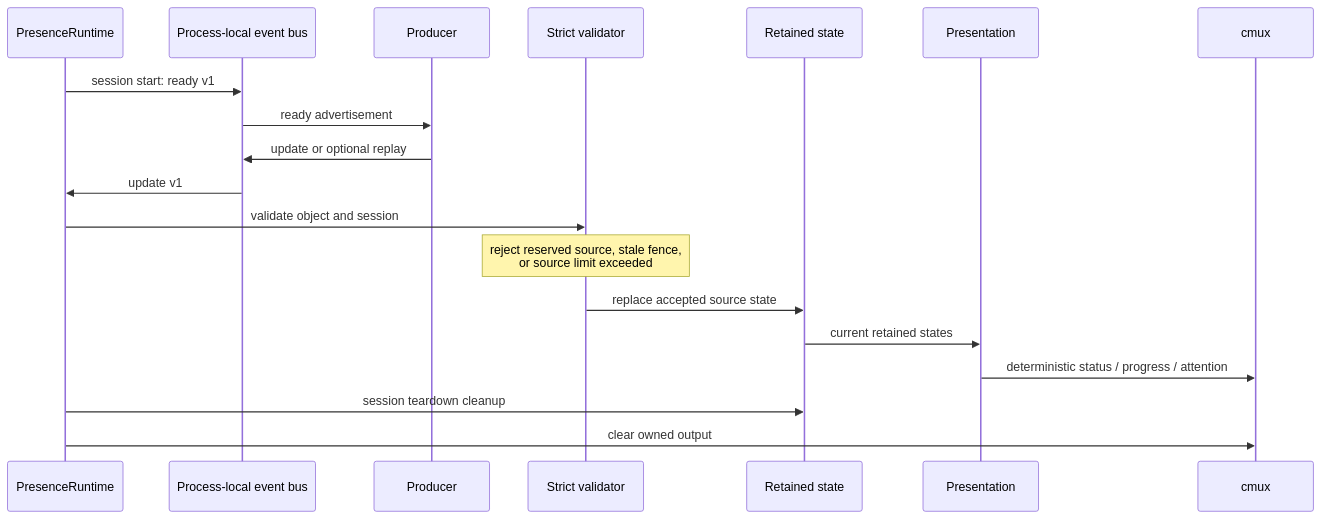
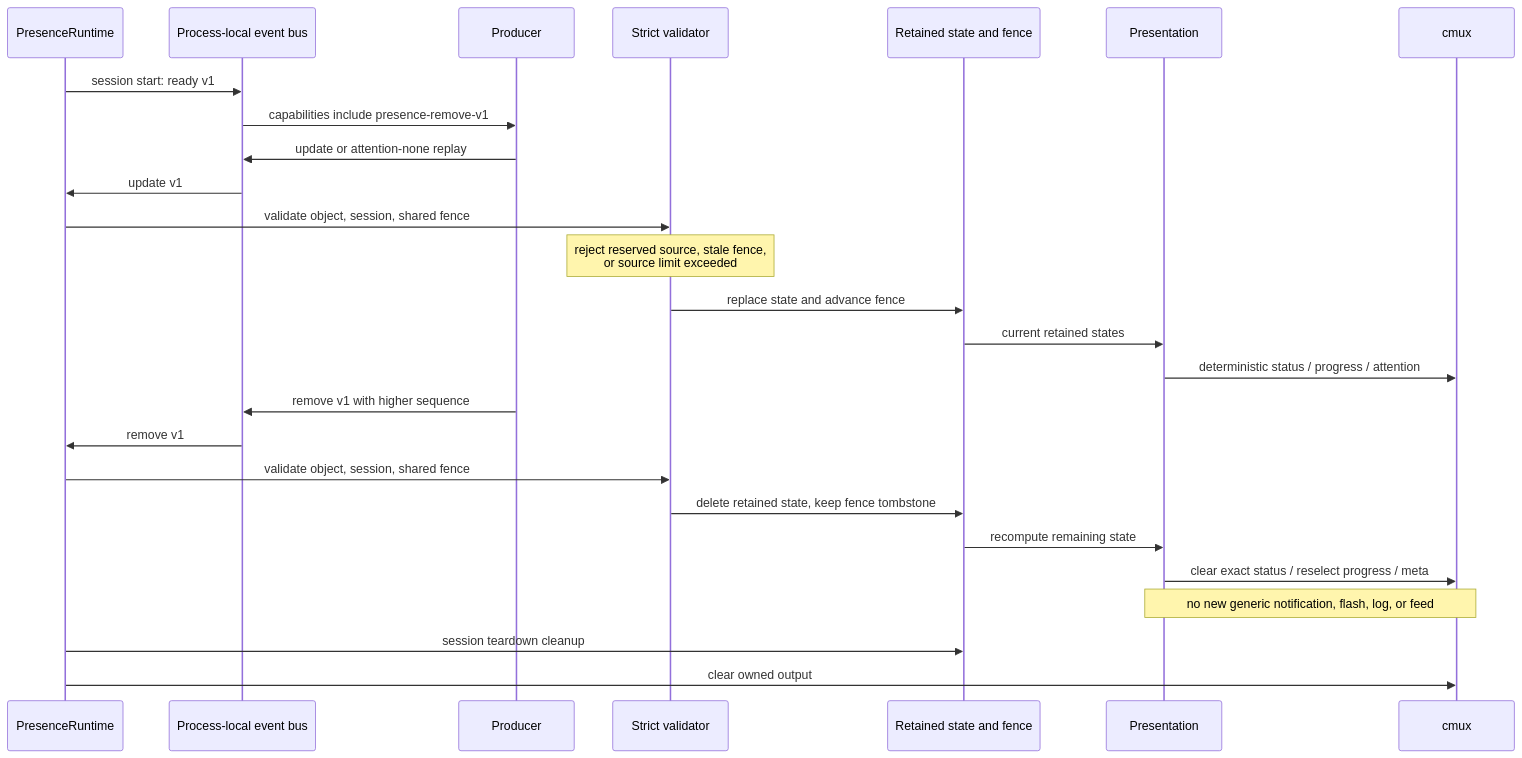
The diagram in docs/diagram/event-flow.mmd (spi-ca/pi-cmux-presence), drawn with Mermaid before and after one commit. The commit also changed 15 other files, not shown here.

```diff
--- a/docs/diagram/event-flow.mmd
+++ b/docs/diagram/event-flow.mmd
@@ -1,21 +1,28 @@
 %% Diagram source: docs/diagram/event-flow.mmd
 sequenceDiagram
   participant R as PresenceRuntime
   participant B as Process-local event bus
   participant P as Producer
   participant V as Strict validator
-  participant S as Retained state
+  participant S as Retained state and fence
   participant U as Presentation
   participant C as cmux
 
   R->>B: session start: ready v1
-  B->>P: ready advertisement
-  P->>B: update or optional replay
+  B->>P: capabilities include presence-remove-v1
+  P->>B: update or attention-none replay
   B->>R: update v1
-  R->>V: validate object and session
+  R->>V: validate object, session, shared fence
   Note over V: reject reserved source, stale fence,<br/>or source limit exceeded
-  V->>S: replace accepted source state
+  V->>S: replace state and advance fence
   S->>U: current retained states
   U->>C: deterministic status / progress / attention
+  P->>B: remove v1 with higher sequence
+  B->>R: remove v1
+  R->>V: validate object, session, shared fence
+  V->>S: delete retained state, keep fence tombstone
+  S->>U: recompute remaining state
+  U->>C: clear exact status / reselect progress / meta
+  Note over U,C: no new generic notification, flash, log, or feed
   R->>S: session teardown cleanup
   R->>C: clear owned output
```
